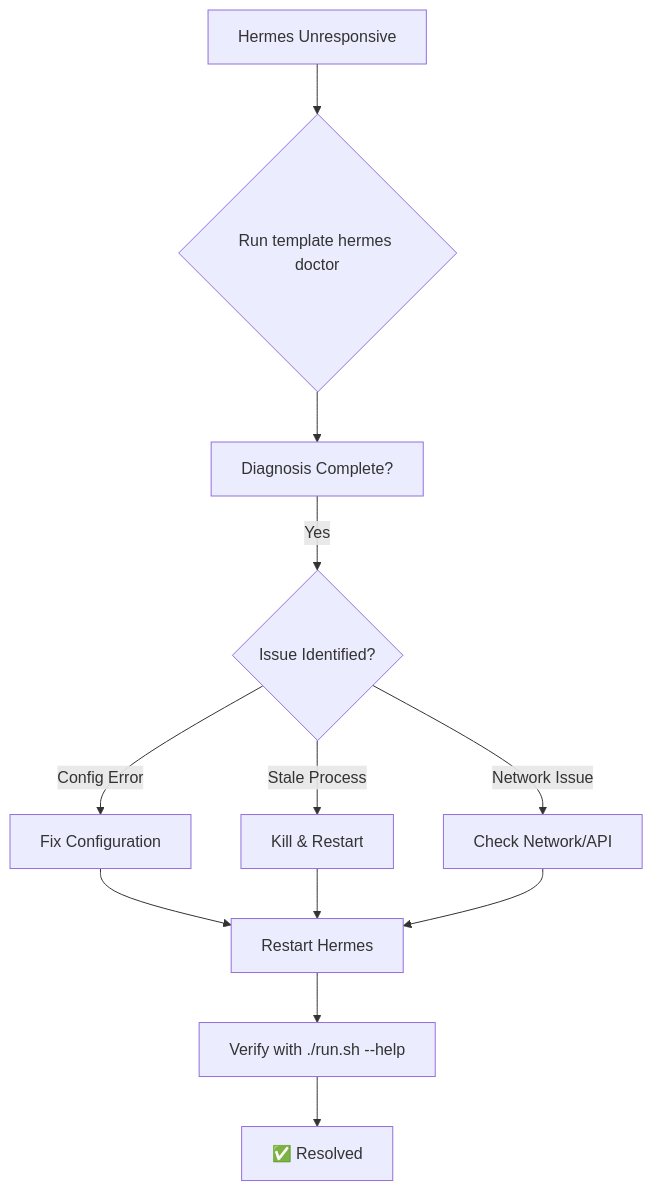
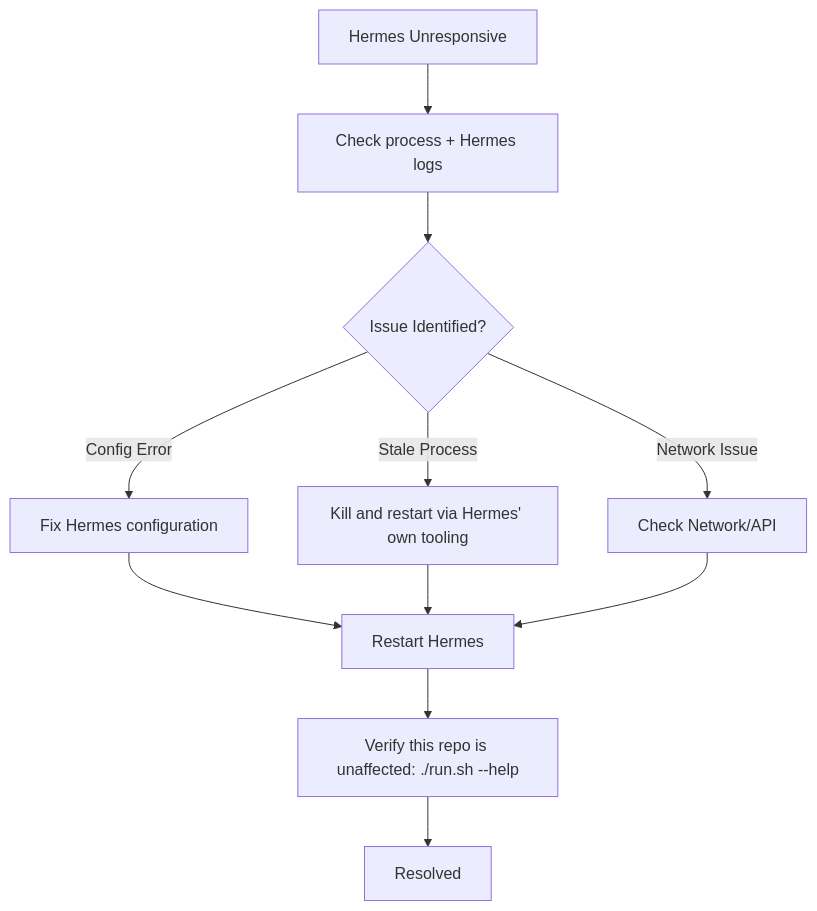
The diagram in docs/operational/runbook.md (docxology/template), drawn with Mermaid before and after one commit. The commit also changed other lines of this file and 129 other files, not shown here.

````diff
--- a/docs/operational/runbook.md
+++ b/docs/operational/runbook.md
@@ -234,14 +240,13 @@
 ```mermaid
 flowchart TD
-    A[Hermes Unresponsive] --> B{Run template hermes doctor}
-    B --> C[Diagnosis Complete?]
-    C -->|Yes| D{Issue Identified?}
-    D -->|Config Error| E[Fix Configuration]
-    D -->|Stale Process| F[Kill & Restart]
-    D -->|Network Issue| G[Check Network/API]
-    E --> H[Restart Hermes]
-    F --> H
-    G --> H
-    H --> I[Verify with ./run.sh --help]
-    I --> J[✅ Resolved]
+    A[Hermes Unresponsive] --> B[Check process + Hermes logs]
+    B --> C{Issue Identified?}
+    C -->|Config Error| D[Fix Hermes configuration]
+    C -->|Stale Process| E[Kill and restart via Hermes' own tooling]
+    C -->|Network Issue| F[Check Network/API]
+    D --> G[Restart Hermes]
+    E --> G
+    F --> G
+    G --> H[Verify this repo is unaffected: ./run.sh --help]
+    H --> I[Resolved]
 ```
````
